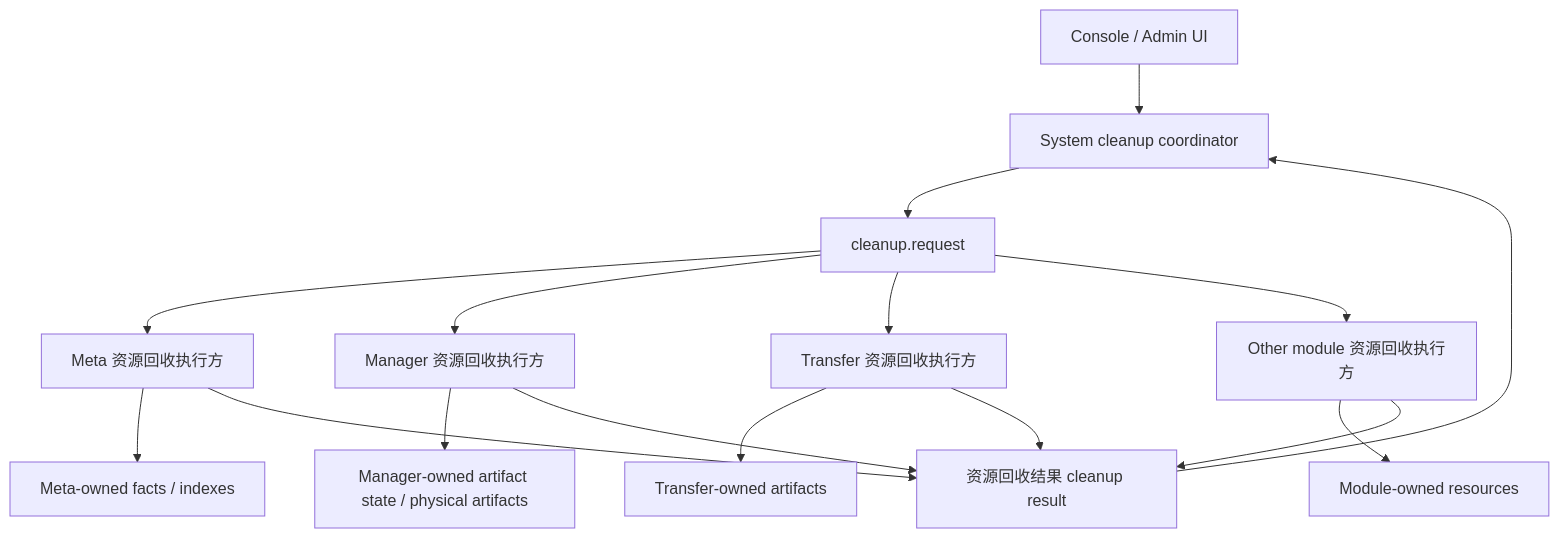
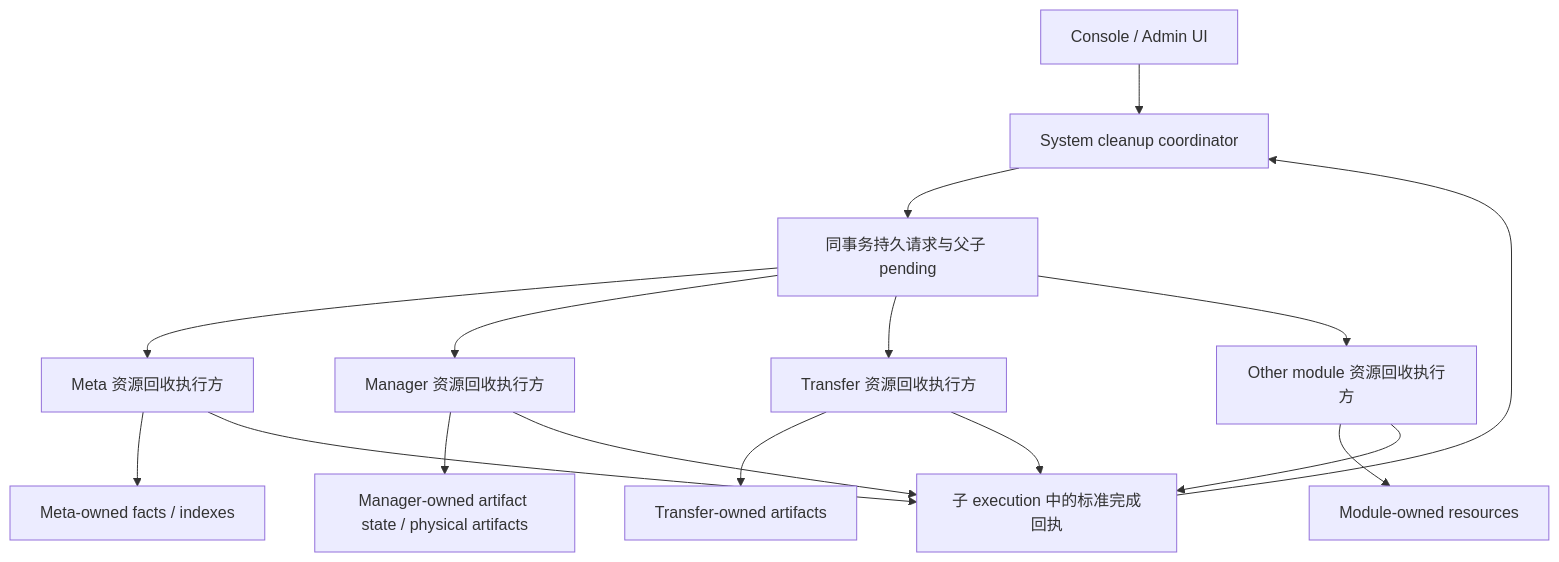
One commit to pampa0629/addp changed the diagram in docs/spec/addp-cleanup体系规范.md. Above: the diagram before and after it, drawn with Mermaid. The commit also changed other lines of this file and 8 other files, not shown here.

Commit message:
docs(execution): unify approved lifecycle and cleanup contracts

````diff
--- a/docs/spec/addp-cleanup体系规范.md
+++ b/docs/spec/addp-cleanup体系规范.md
@@ -264,21 +268,21 @@
 ```mermaid
 flowchart TD
     Console[Console / Admin UI] --> System[System cleanup coordinator]
-    System --> Request[cleanup.request]
+    System --> Request[同事务持久请求与父子 pending]
 
     Request --> Meta[Meta 资源回收执行方]
     Request --> Manager[Manager 资源回收执行方]
     Request --> Transfer[Transfer 资源回收执行方]
     Request --> Other[Other module 资源回收执行方]
 
     Meta --> MetaOwned[Meta-owned facts / indexes]
     Manager --> ManagerOwned[Manager-owned artifact state / physical artifacts]
     Transfer --> TransferOwned[Transfer-owned artifacts]
     Other --> OtherOwned[Module-owned resources]
 
-    Meta --> Result[资源回收结果 cleanup result]
+    Meta --> Result[子 execution 中的标准完成回执]
     Manager --> Result
     Transfer --> Result
     Other --> Result
     Result --> System
 ```
````
